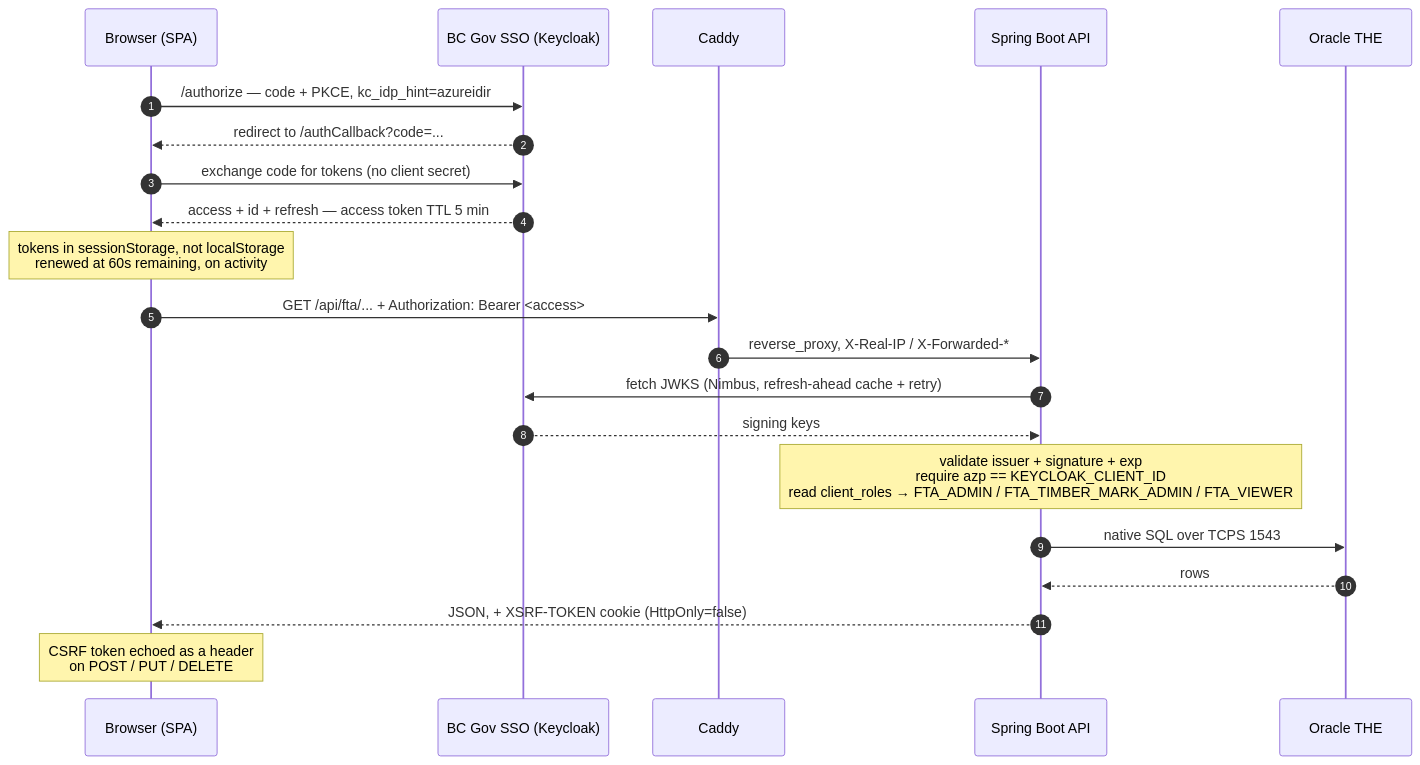
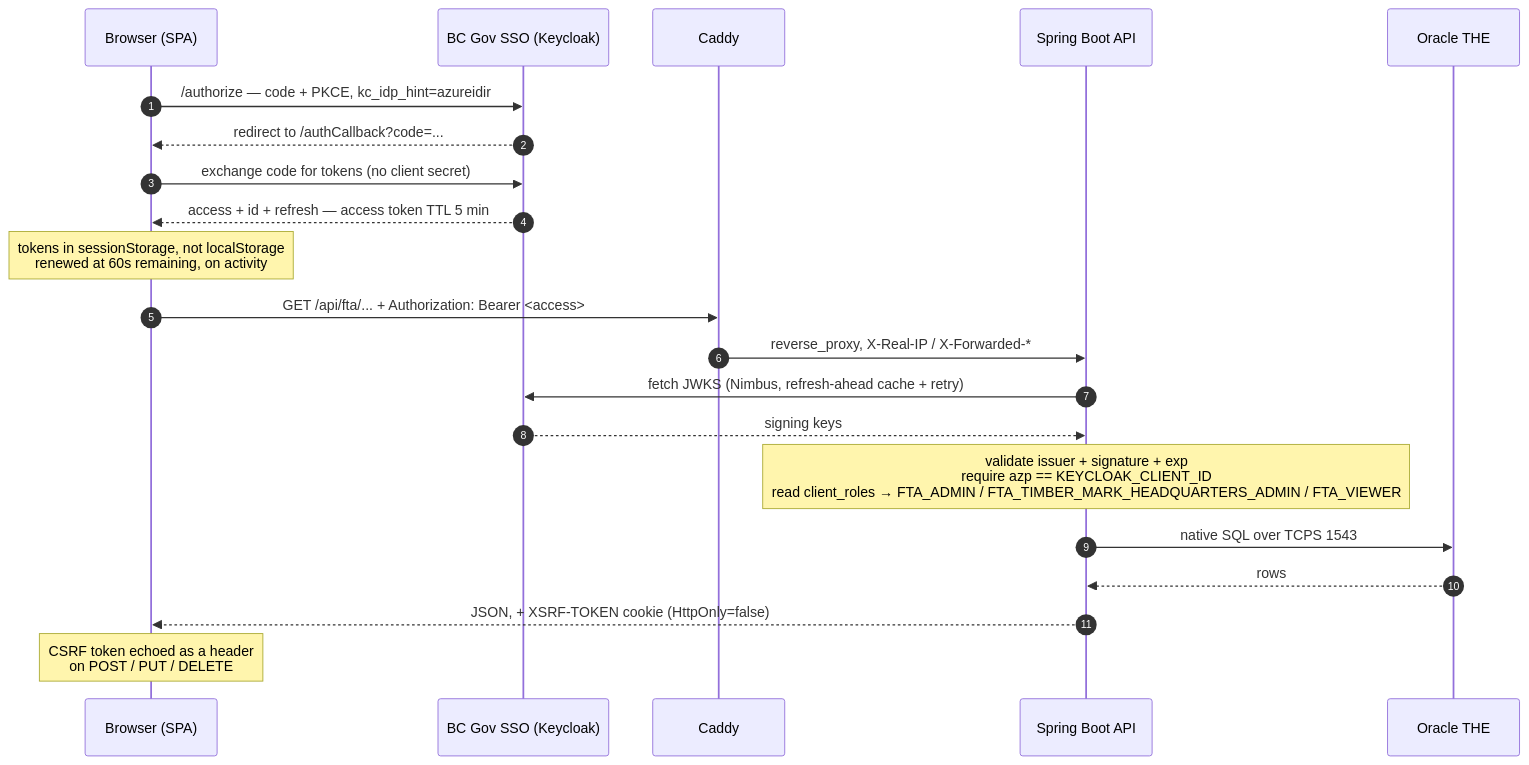
The third of 4 diagrams in docs/architecture.md (bcgov/nr-fta), drawn with Mermaid before and after one commit. The commit also changed other lines of this file and 78 other files, not shown here.

Commit message:
feat: adding timber mark flows (#20)

````diff
--- a/docs/architecture.md
+++ b/docs/architecture.md
@@ -168,24 +168,24 @@
 ```mermaid
 sequenceDiagram
     autonumber
     participant B as Browser (SPA)
     participant K as BC Gov SSO (Keycloak)
     participant C as Caddy
     participant A as Spring Boot API
     participant O as Oracle THE
 
     B->>K: /authorize — code + PKCE, kc_idp_hint=azureidir
     K-->>B: redirect to /authCallback?code=...
     B->>K: exchange code for tokens (no client secret)
     K-->>B: access + id + refresh — access token TTL 5 min
     Note over B: tokens in sessionStorage, not localStorage<br/>renewed at 60s remaining, on activity
     B->>C: GET /api/fta/... + Authorization: Bearer <access>
     C->>A: reverse_proxy, X-Real-IP / X-Forwarded-*
     A->>K: fetch JWKS (Nimbus, refresh-ahead cache + retry)
     K-->>A: signing keys
-    Note over A: validate issuer + signature + exp<br/>require azp == KEYCLOAK_CLIENT_ID<br/>read client_roles → FTA_ADMIN / FTA_TIMBER_MARK_ADMIN / FTA_VIEWER
+    Note over A: validate issuer + signature + exp<br/>require azp == KEYCLOAK_CLIENT_ID<br/>read client_roles → FTA_ADMIN / FTA_TIMBER_MARK_HEADQUARTERS_ADMIN / FTA_VIEWER
     A->>O: native SQL over TCPS 1543
     O-->>A: rows
     A-->>B: JSON, + XSRF-TOKEN cookie (HttpOnly=false)
     Note over B: CSRF token echoed as a header<br/>on POST / PUT / DELETE
 ```
````
